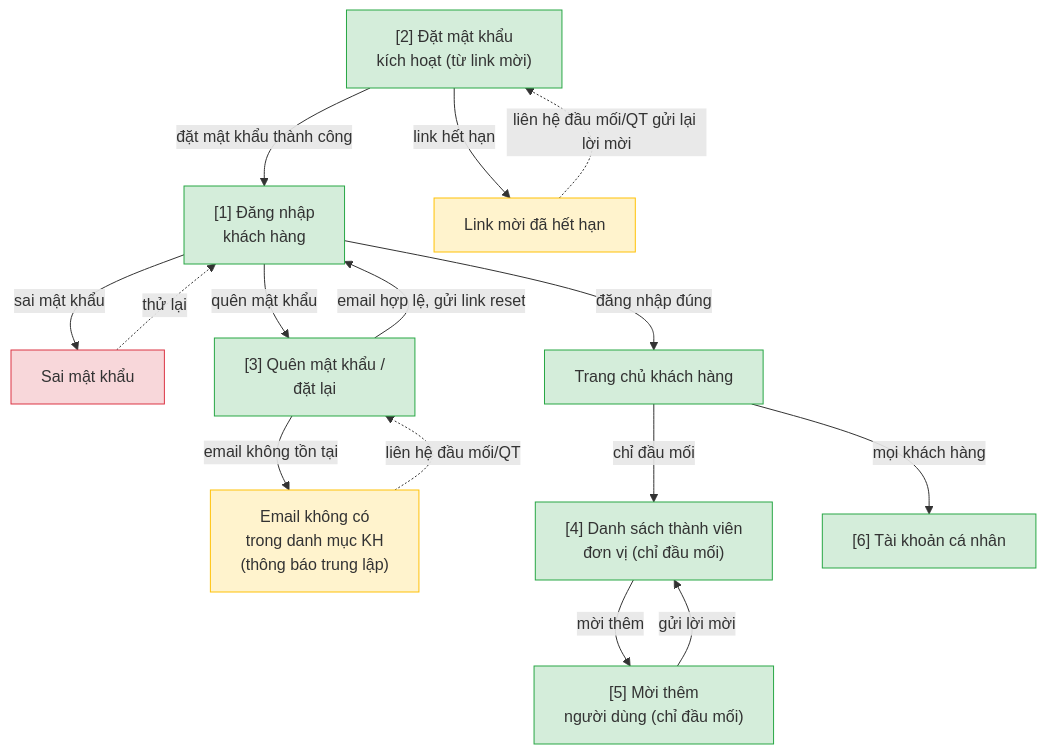
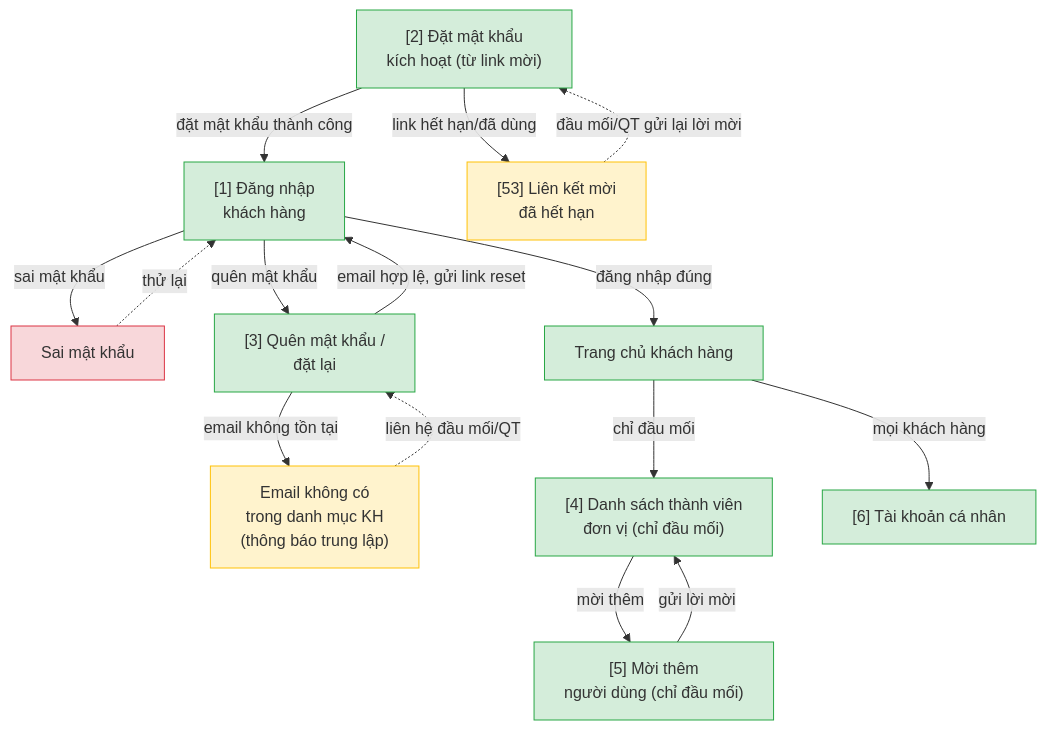
One commit to mynguyencnttpx-alt/workspace-vnpt-ioffice changed the first of 10 diagrams in docs/ho-tro-cskh/srs/ho-tro-cskh-userflow.md. Above: the diagram before and after it, drawn with Mermaid. The commit also changed other lines of this file and 11 other files, not shown here.

````diff
--- a/docs/ho-tro-cskh/srs/ho-tro-cskh-userflow.md
+++ b/docs/ho-tro-cskh/srs/ho-tro-cskh-userflow.md
@@ -23,36 +23,36 @@
 ```mermaid
 flowchart TD
     f1n1["[1] Đăng nhập<br/>khách hàng"]
     f1n2["[2] Đặt mật khẩu<br/>kích hoạt (từ link mời)"]
     f1err1["Sai mật khẩu"]
-    f1err2["Link mời đã hết hạn"]
+    f1n7["[53] Liên kết mời<br/>đã hết hạn"]
     f1n3["[3] Quên mật khẩu /<br/>đặt lại"]
     f1edge1["Email không có<br/>trong danh mục KH<br/>(thông báo trung lập)"]
     f1home["Trang chủ khách hàng"]
     f1n4["[4] Danh sách thành viên<br/>đơn vị (chỉ đầu mối)"]
     f1n5["[5] Mời thêm<br/>người dùng (chỉ đầu mối)"]
     f1n6["[6] Tài khoản cá nhân"]
 
     f1n2 -->|"đặt mật khẩu thành công"| f1n1
-    f1n2 -->|"link hết hạn"| f1err2
-    f1err2 -.->|"liên hệ đầu mối/QT gửi lại lời mời"| f1n2
+    f1n2 -->|"link hết hạn/đã dùng"| f1n7
+    f1n7 -.->|"đầu mối/QT gửi lại lời mời"| f1n2
     f1n1 -->|"đăng nhập đúng"| f1home
     f1n1 -->|"sai mật khẩu"| f1err1
     f1err1 -.->|"thử lại"| f1n1
     f1n1 -->|"quên mật khẩu"| f1n3
     f1n3 -->|"email hợp lệ, gửi link reset"| f1n1
     f1n3 -->|"email không tồn tại"| f1edge1
     f1edge1 -.->|"liên hệ đầu mối/QT"| f1n3
     f1home -->|"chỉ đầu mối"| f1n4
     f1n4 -->|"mời thêm"| f1n5
     f1n5 -->|"gửi lời mời"| f1n4
     f1home -->|"mọi khách hàng"| f1n6
 
     classDef happy fill:#d4edda,stroke:#28a745
     classDef error fill:#f8d7da,stroke:#dc3545
     classDef edge fill:#fff3cd,stroke:#ffc107
 
     class f1n1,f1n2,f1n3,f1home,f1n4,f1n5,f1n6 happy
     class f1err1 error
-    class f1err2,f1edge1 edge
+    class f1n7,f1edge1 edge
 ```
````
